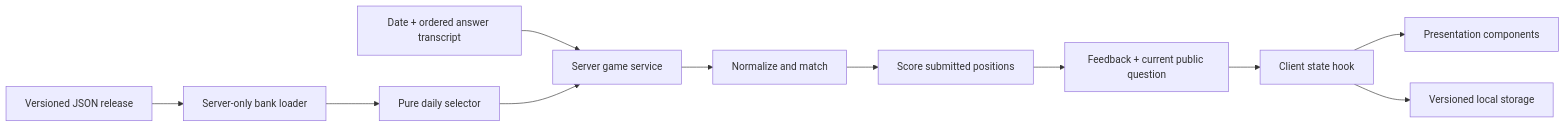
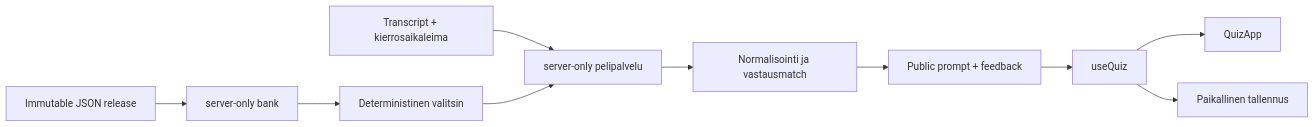
One commit to hiqporoid/mylvisa changed the diagram in docs/architecture.md. Above: the diagram before and after it, drawn with Mermaid. The commit also changed other lines of this file and 29 other files, not shown here.

Commit message:
Migrate Mylvisa to rarity-based daily game

````diff
--- a/docs/architecture.md
+++ b/docs/architecture.md
@@ -5,13 +5,12 @@
 ```mermaid
 flowchart LR
-  Bank[Versioned JSON release] --> Guard[Server-only bank loader]
-  Guard --> Engine[Pure daily selector]
-  Request[Date + ordered answer transcript] --> Service[Server game service]
-  Engine --> Service
-  Service --> Match[Normalize and match]
-  Match --> Score[Score submitted positions]
-  Score --> DTO[Feedback + current public question]
-  DTO --> Client[Client state hook]
-  Client --> UI[Presentation components]
-  Client --> Local[Versioned local storage]
+  JSON[Immutable JSON release] --> Bank[server-only bank]
+  Bank --> Select[Deterministinen valitsin]
+  Request[Transcript + kierrosaikaleima] --> Game[server-only pelipalvelu]
+  Select --> Game
+  Game --> Match[Normalisointi ja vastausmatch]
+  Match --> DTO[Public prompt + feedback]
+  DTO --> Hook[useQuiz]
+  Hook --> UI[QuizApp]
+  Hook --> Local[Paikallinen tallennus]
 ```
````
